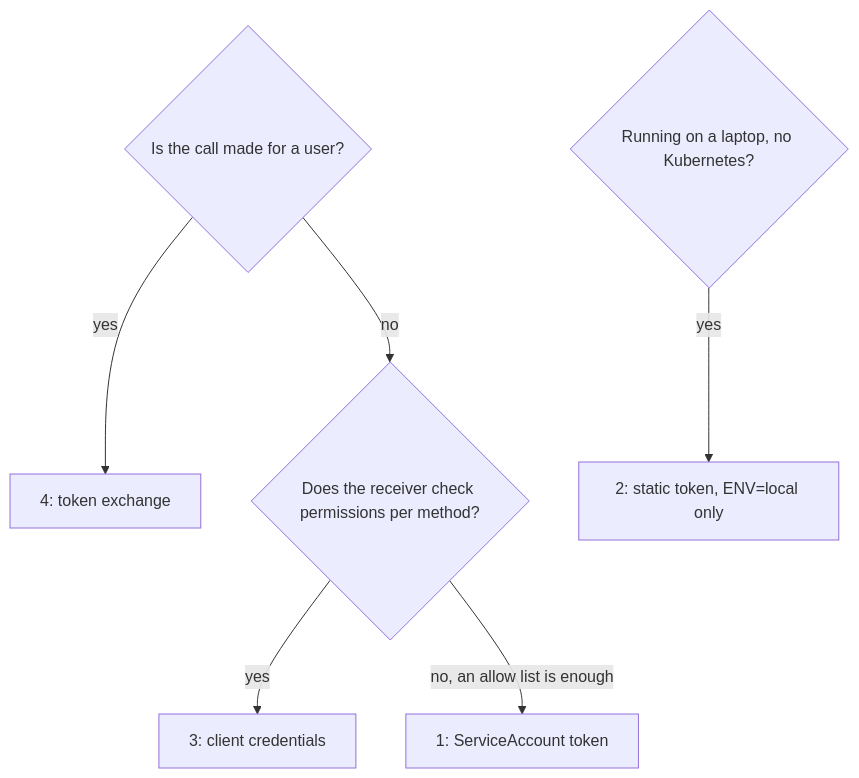
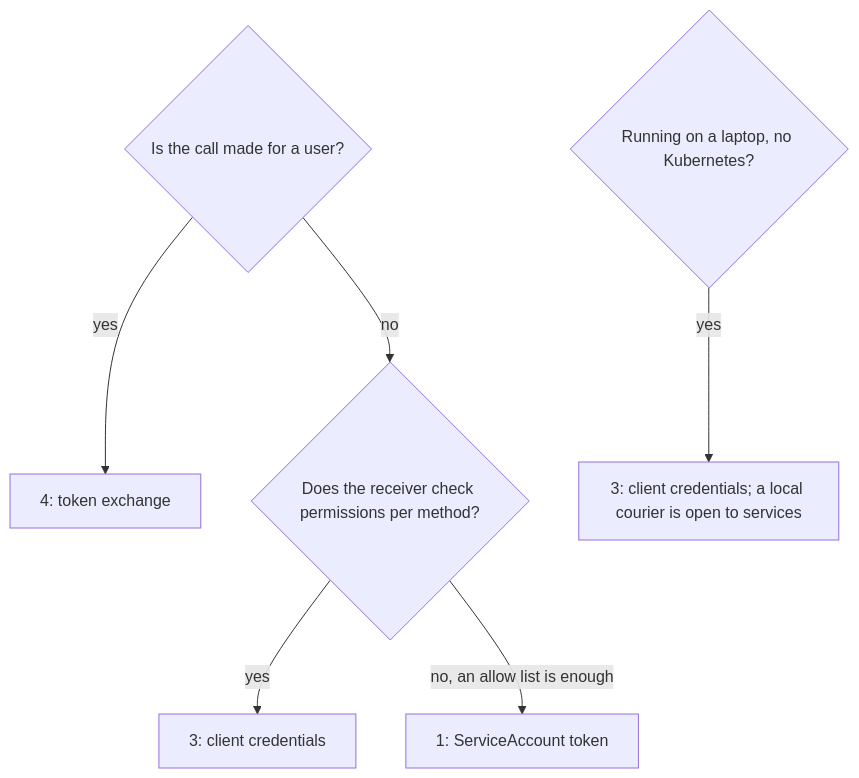
The first of 4 diagrams in docs/service-to-service-auth.md (huponx/identity), drawn with Mermaid before and after one commit. The commit also changed other lines of this file and 60 other files, not shown here.

````diff
--- a/docs/service-to-service-auth.md
+++ b/docs/service-to-service-auth.md
@@ -24,8 +24,8 @@
 ```mermaid
 flowchart TD
     Q1{Is the call made for a user?} -- yes --> M4[4: token exchange]
     Q1 -- no --> Q2{Does the receiver check permissions per method?}
     Q2 -- yes --> M3[3: client credentials]
     Q2 -- no, an allow list is enough --> M1[1: ServiceAccount token]
-    Q3{Running on a laptop, no Kubernetes?} -- yes --> M2[2: static token, ENV=local only]
+    Q3{Running on a laptop, no Kubernetes?} -- yes --> M2[3: client credentials; a local courier is open to services]
 ```
````
